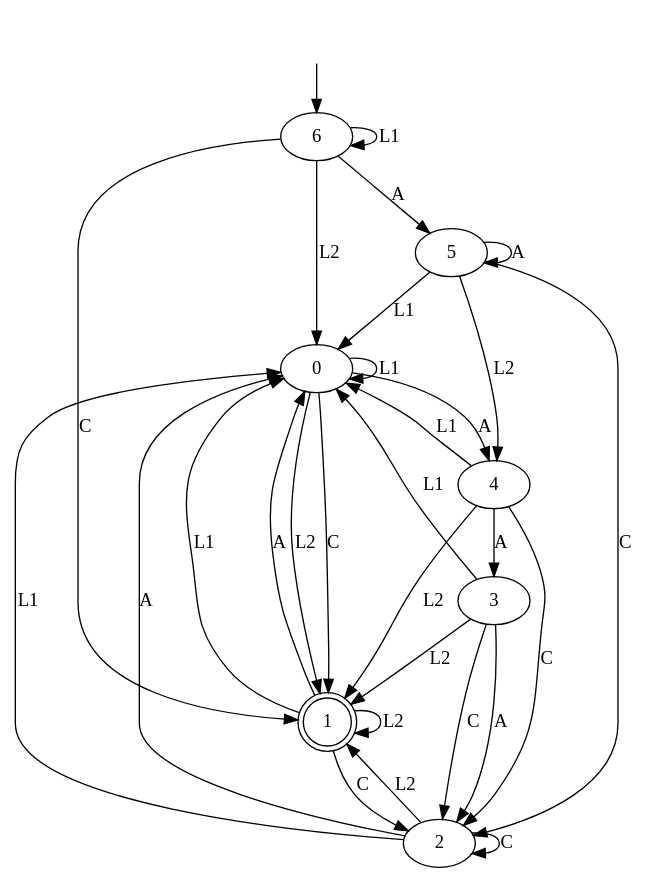
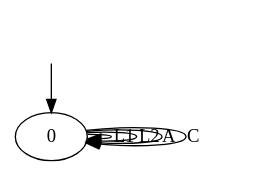
One commit to tomyaacov/lstar_dont_care changed the diagram in output/magento_result_a_0.2.dot. Above: the diagram before and after it, drawn with Graphviz. The commit also changed 64 other files, not shown here.

```diff
--- a/output/magento_result_a_0.2.dot
+++ b/output/magento_result_a_0.2.dot
@@ -1,39 +1,9 @@
 digraph "output/magento_result_a_0.2" {
 0 [label=0];
-1 [label=1, shape=doublecircle];
-2 [label=2];
-3 [label=3];
-4 [label=4];
-5 [label=5];
-6 [label=6];
 0 -> 0  [label=L1];
-0 -> 1  [label=L2];
-0 -> 4  [label=A];
-0 -> 1  [label=C];
-1 -> 0  [label=L1];
-1 -> 1  [label=L2];
-1 -> 0  [label=A];
-1 -> 2  [label=C];
-2 -> 0  [label=L1];
-2 -> 1  [label=L2];
-2 -> 0  [label=A];
-2 -> 2  [label=C];
-3 -> 0  [label=L1];
-3 -> 1  [label=L2];
-3 -> 2  [label=A];
-3 -> 2  [label=C];
-4 -> 0  [label=L1];
-4 -> 1  [label=L2];
-4 -> 3  [label=A];
-4 -> 2  [label=C];
-5 -> 0  [label=L1];
-5 -> 4  [label=L2];
-5 -> 5  [label=A];
-5 -> 2  [label=C];
-6 -> 6  [label=L1];
-6 -> 0  [label=L2];
-6 -> 5  [label=A];
-6 -> 1  [label=C];
+0 -> 0  [label=L2];
+0 -> 0  [label=A];
+0 -> 0  [label=C];
 __start0 [label="", shape=none];
-__start0 -> 6  [label=""];
+__start0 -> 0  [label=""];
 }
```
